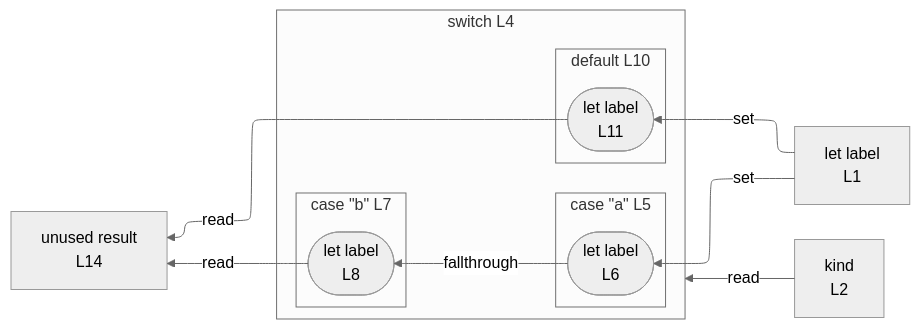
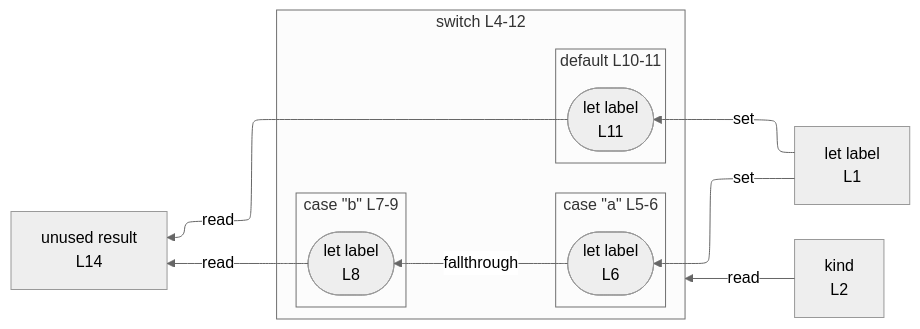
One commit to crescware/unsnarl changed the diagram in integration/fixtures/control-switch-partial-break/preview.md. Above: the diagram before and after it, drawn with Mermaid (neutral theme). The commit also changed 125 other files, not shown here.

````diff
--- a/integration/fixtures/control-switch-partial-break/preview.md
+++ b/integration/fixtures/control-switch-partial-break/preview.md
@@ -24,28 +24,28 @@
 ```mermaid
 %%{init: {"flowchart": {"defaultRenderer": "elk"}}}%%
 flowchart RL
   n_scope_0_label_4["let label<br/>L1"]
   n_scope_0_kind_22["kind<br/>L2"]
   n_scope_0_result_168["unused result<br/>L14"]
-  subgraph s_scope_1["switch L4"]
+  subgraph s_scope_1["switch L4-12"]
     direction RL
-    subgraph s_scope_2["case &quot;a&quot; L5"]
+    subgraph s_scope_2["case &quot;a&quot; L5-6"]
       direction RL
       wr_ref_1(["let label<br/>L6"])
     end
-    subgraph s_scope_3["case &quot;b&quot; L7"]
+    subgraph s_scope_3["case &quot;b&quot; L7-9"]
       direction RL
       wr_ref_2(["let label<br/>L8"])
     end
-    subgraph s_scope_4["default L10"]
+    subgraph s_scope_4["default L10-11"]
       direction RL
       wr_ref_3(["let label<br/>L11"])
     end
   end
   n_scope_0_label_4 -->|set| wr_ref_1
   wr_ref_1 -->|fallthrough| wr_ref_2
   n_scope_0_label_4 -->|set| wr_ref_3
   n_scope_0_kind_22 -->|read| s_scope_1
   wr_ref_2 -->|read| n_scope_0_result_168
   wr_ref_3 -->|read| n_scope_0_result_168
 ```
````
